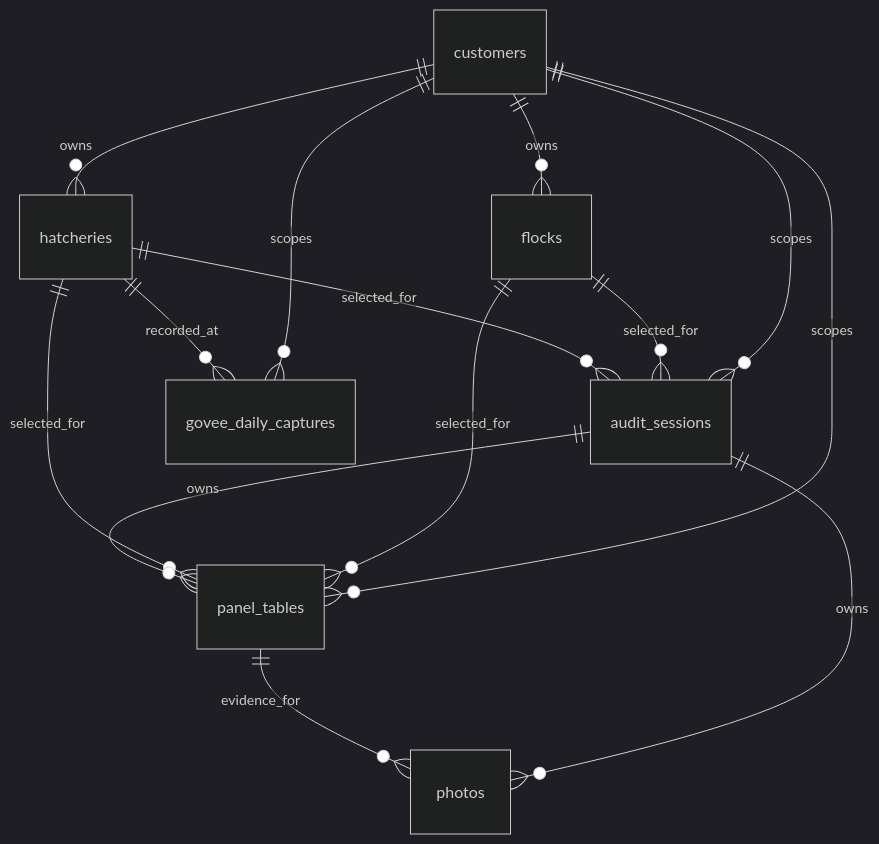
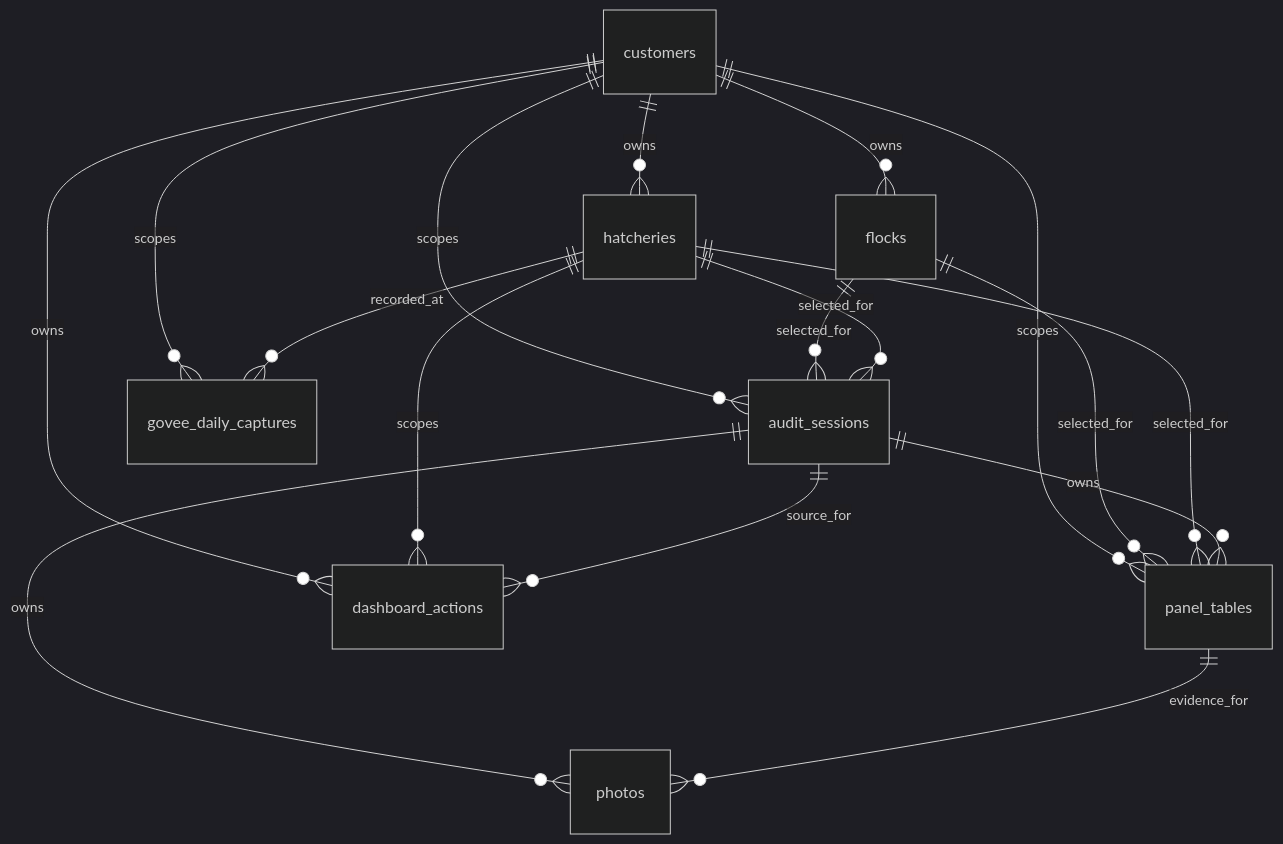
The diagram in docs/DATABASE_SPEC.md (Radi454/chickmark), drawn with Mermaid (dark theme) before and after one commit. The commit also changed other lines of this file and 99 other files, not shown here.

````diff
--- a/docs/DATABASE_SPEC.md
+++ b/docs/DATABASE_SPEC.md
@@ -33,20 +34,23 @@
 ```mermaid
 erDiagram
   customers ||--o{ hatcheries : owns
   customers ||--o{ flocks : owns
   customers ||--o{ audit_sessions : scopes
   customers ||--o{ panel_tables : scopes
   customers ||--o{ govee_daily_captures : scopes
+  customers ||--o{ dashboard_actions : owns
 
   flocks ||--o{ audit_sessions : selected_for
   flocks ||--o{ panel_tables : selected_for
 
   hatcheries ||--o{ audit_sessions : selected_for
   hatcheries ||--o{ panel_tables : selected_for
   hatcheries ||--o{ govee_daily_captures : recorded_at
+  hatcheries ||--o{ dashboard_actions : scopes
 
   audit_sessions ||--o{ panel_tables : owns
   audit_sessions ||--o{ photos : owns
+  audit_sessions ||--o{ dashboard_actions : source_for
 
   panel_tables ||--o{ photos : evidence_for
 ```
````
